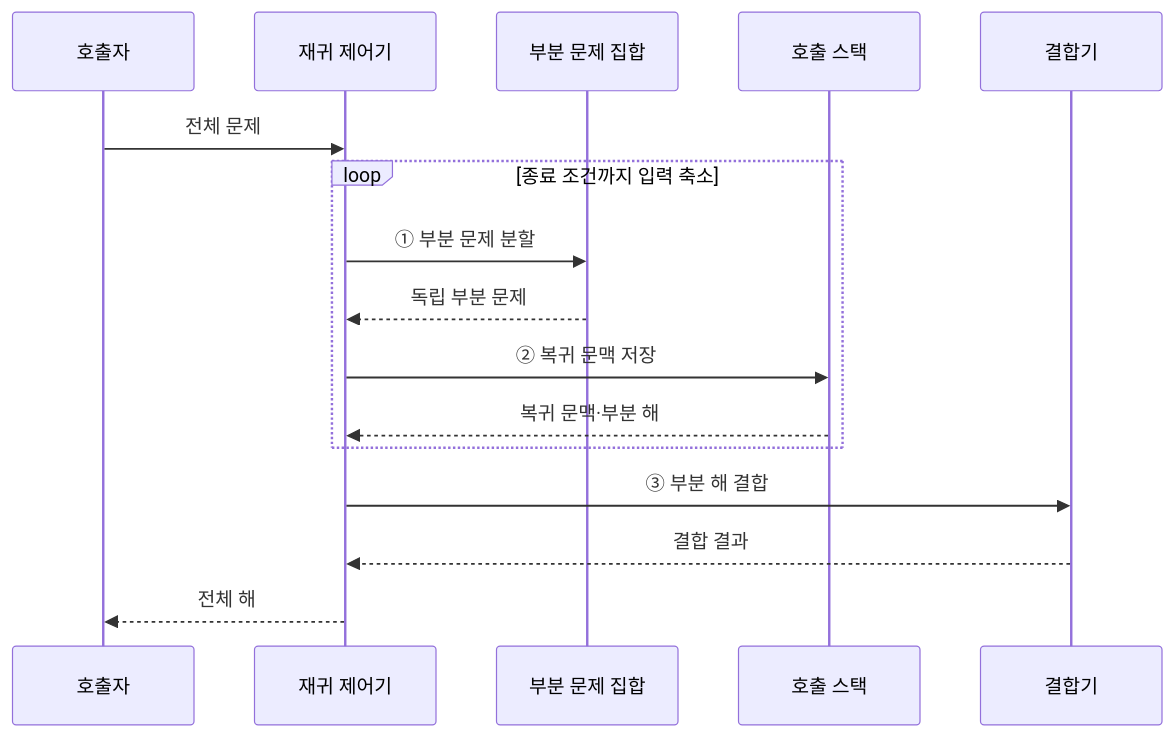
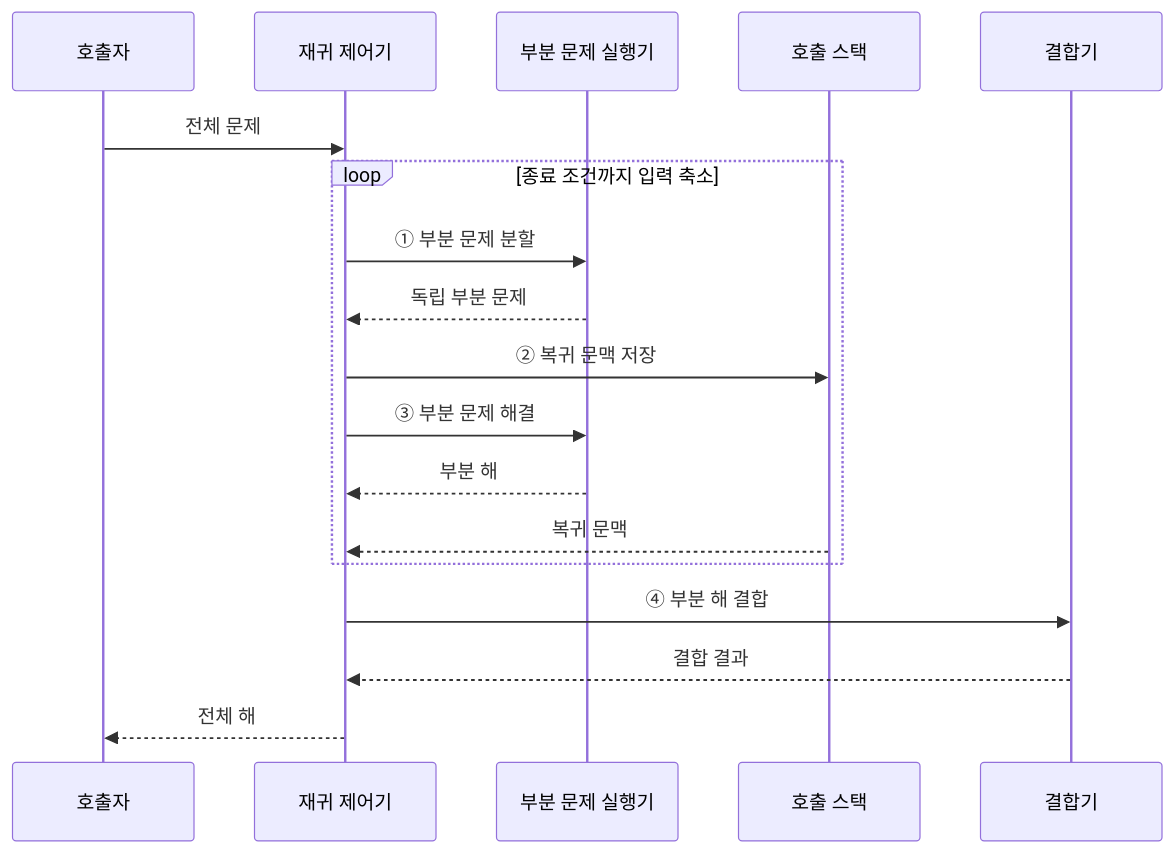
The third of 3 diagrams in src/content/docs/notes/01-basic-theory/014_divide_and_conquer.md (agnusdei1207/knowledge-base), drawn with Mermaid before and after one commit. The commit also changed other lines of this file and 13 other files, not shown here.

````diff
--- a/src/content/docs/notes/01-basic-theory/014_divide_and_conquer.md
+++ b/src/content/docs/notes/01-basic-theory/014_divide_and_conquer.md
@@ -92,18 +95,20 @@
 ```mermaid
 sequenceDiagram
     participant Q as 호출자
     participant R as 재귀 제어기
-    participant P as 부분 문제 집합
+    participant P as 부분 문제 실행기
     participant S as 호출 스택
     participant C as 결합기
     Q->>R: 전체 문제
     loop 종료 조건까지 입력 축소
         R->>P: ① 부분 문제 분할
         P-->>R: 독립 부분 문제
         R->>S: ② 복귀 문맥 저장
-        S-->>R: 복귀 문맥·부분 해
+        R->>P: ③ 부분 문제 해결
+        P-->>R: 부분 해
+        S-->>R: 복귀 문맥
     end
-    R->>C: ③ 부분 해 결합
+    R->>C: ④ 부분 해 결합
     C-->>R: 결합 결과
     R-->>Q: 전체 해
 ```
````
